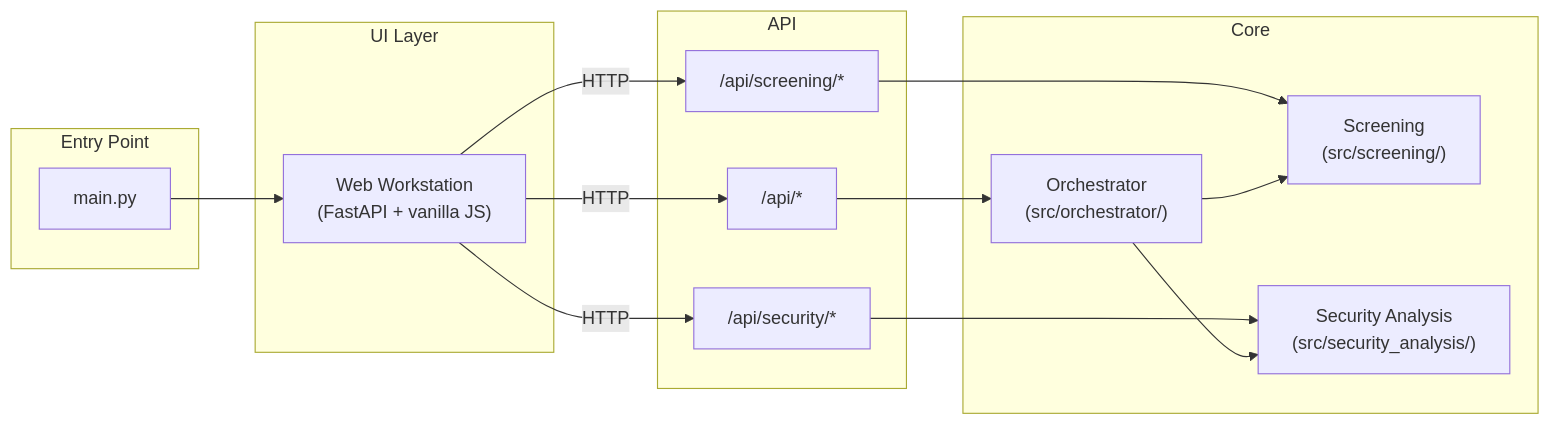
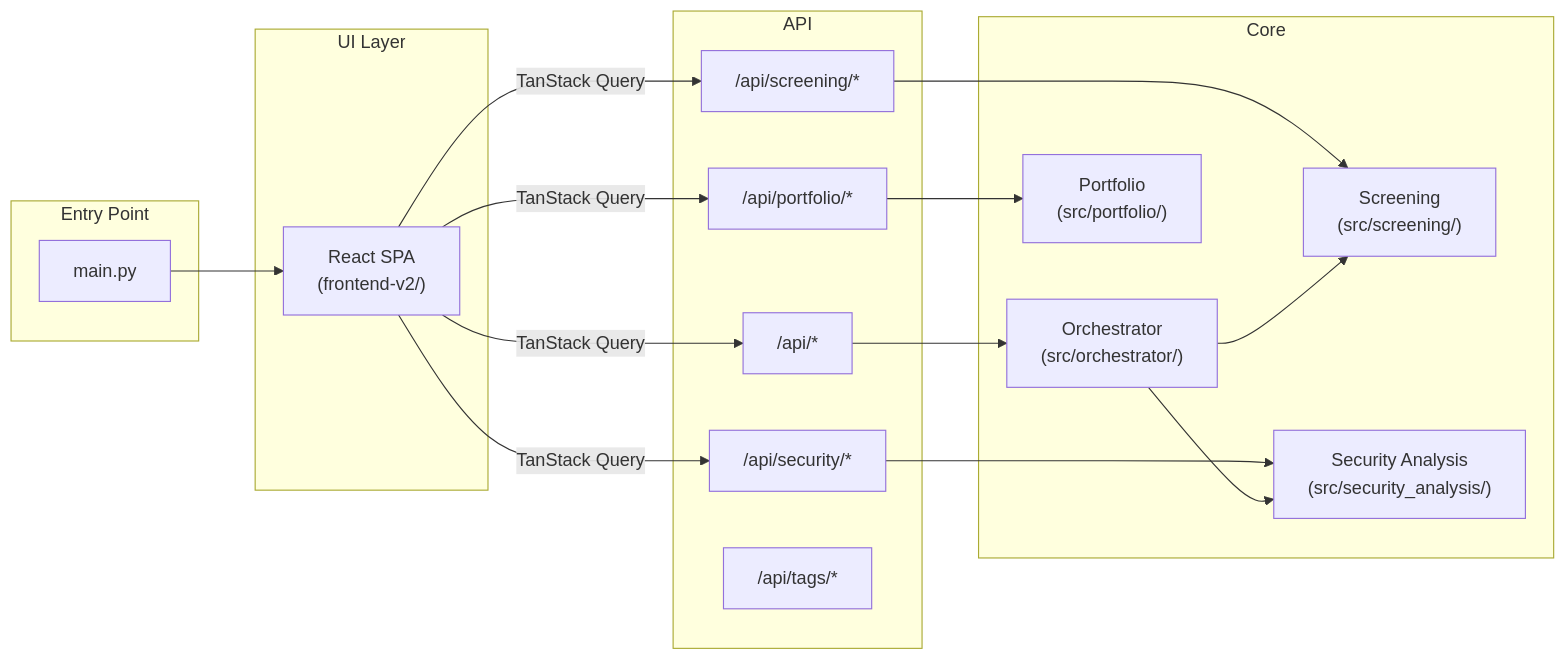
Before and after one commit to TiagoDeMatosDias/EDINET: the diagram in docs/Application Details.md, drawn with Mermaid. The commit also changed other lines of this file and 13 other files, not shown here.

````diff
--- a/docs/Application Details.md
+++ b/docs/Application Details.md
@@ -46,32 +46,37 @@
 ```mermaid
 flowchart LR
     subgraph Entry["Entry Point"]
         MAIN["main.py"]
     end
 
     subgraph UI["UI Layer"]
-        WEB["Web Workstation<br/>(FastAPI + vanilla JS)"]
+        REACT["React SPA<br/>(frontend-v2/)"]
     end
 
     subgraph API["API"]
         RTR["/api/*"]
         SCR_API["/api/screening/*"]
         SEC_API["/api/security/*"]
+        PF_API["/api/portfolio/*"]
+        TAG_API["/api/tags/*"]
     end
 
     subgraph Core["Core"]
         ORCH["Orchestrator<br/>(src/orchestrator/)"]
         SCR["Screening<br/>(src/screening/)"]
         SA["Security Analysis<br/>(src/security_analysis/)"]
+        PF["Portfolio<br/>(src/portfolio/)"]
     end
 
-    MAIN --> WEB
-    WEB -->|"HTTP"| RTR
-    WEB -->|"HTTP"| SCR_API
-    WEB -->|"HTTP"| SEC_API
+    MAIN --> REACT
+    REACT -->|"TanStack Query"| RTR
+    REACT -->|"TanStack Query"| SCR_API
+    REACT -->|"TanStack Query"| SEC_API
+    REACT -->|"TanStack Query"| PF_API
     RTR --> ORCH
     SCR_API --> SCR
     SEC_API --> SA
+    PF_API --> PF
     ORCH --> SCR
     ORCH --> SA
 ```
````
